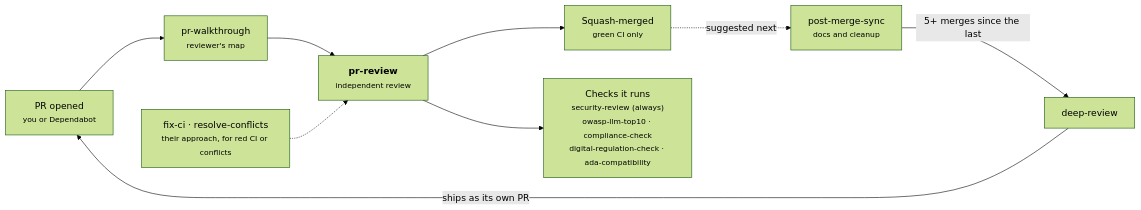
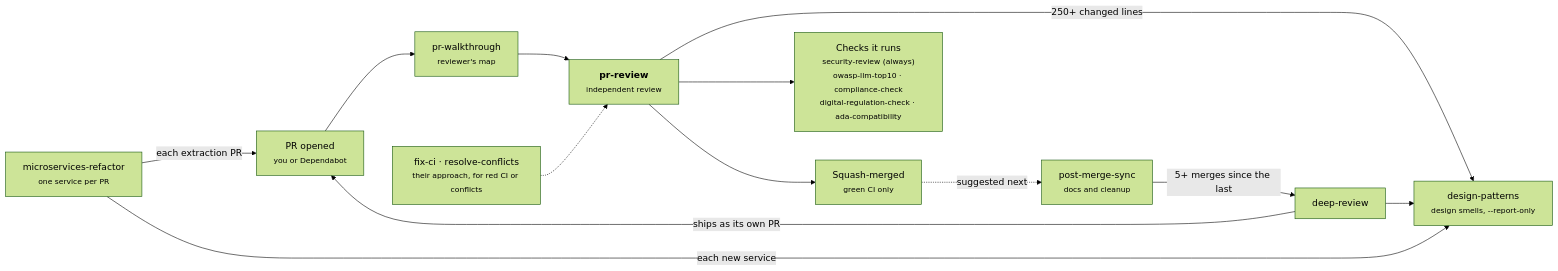
The diagram in README.md (manojkhanwalkar/claude-skills), drawn with Mermaid (forest theme) before and after one commit. The commit also changed other lines of this file and 8 other files, not shown here.

First line of the commit message:
Add design-patterns skill: review and refactor design with the right pattern or a simpler one (#32)

````diff
--- a/README.md
+++ b/README.md
@@ -82,11 +84,15 @@
 ```mermaid
 flowchart LR
     open["PR opened<br/><small>you or Dependabot</small>"] --> walk["pr-walkthrough<br/><small>reviewer's map</small>"]
     walk --> review["<b>pr-review</b><br/><small>independent review</small>"]
     review --> merged["Squash-merged<br/><small>green CI only</small>"]
     review --> checks["Checks it runs<br/><small>security-review (always)<br/>owasp-llm-top10 · compliance-check<br/>digital-regulation-check · ada-compatibility</small>"]
     fixers["fix-ci · resolve-conflicts<br/><small>their approach, for red CI or conflicts</small>"] -.-> review
     merged -. "suggested next" .-> sync["post-merge-sync<br/><small>docs and cleanup</small>"]
     sync -- "5+ merges since the last" --> deep["deep-review"]
     deep -- "ships as its own PR" --> open
+    review -- "250+ changed lines" --> design["design-patterns<br/><small>design smells, --report-only</small>"]
+    deep --> design
+    ms["microservices-refactor<br/><small>one service per PR</small>"] -- "each new service" --> design
+    ms -- "each extraction PR" --> open
 ```
````
